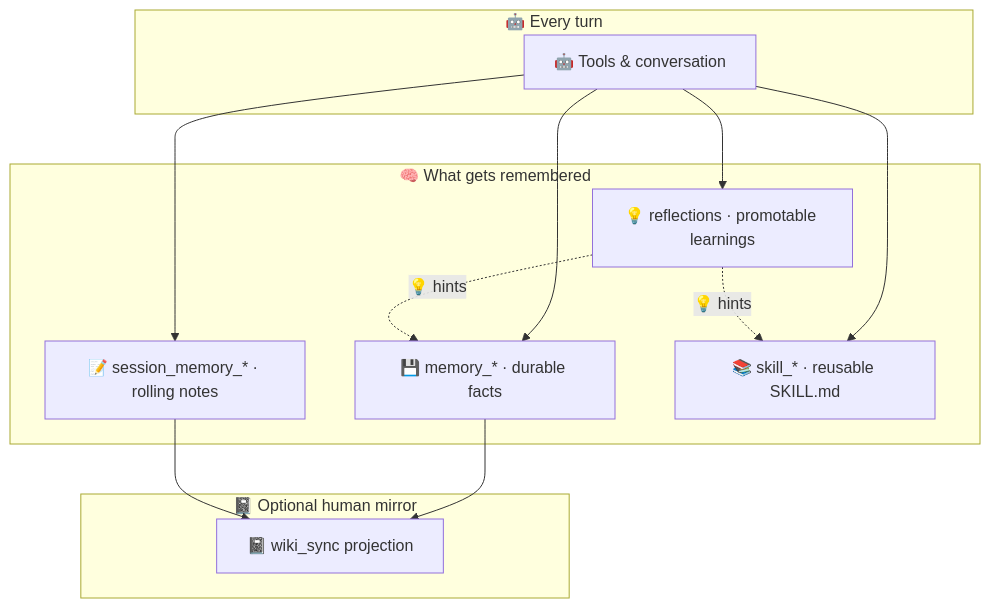
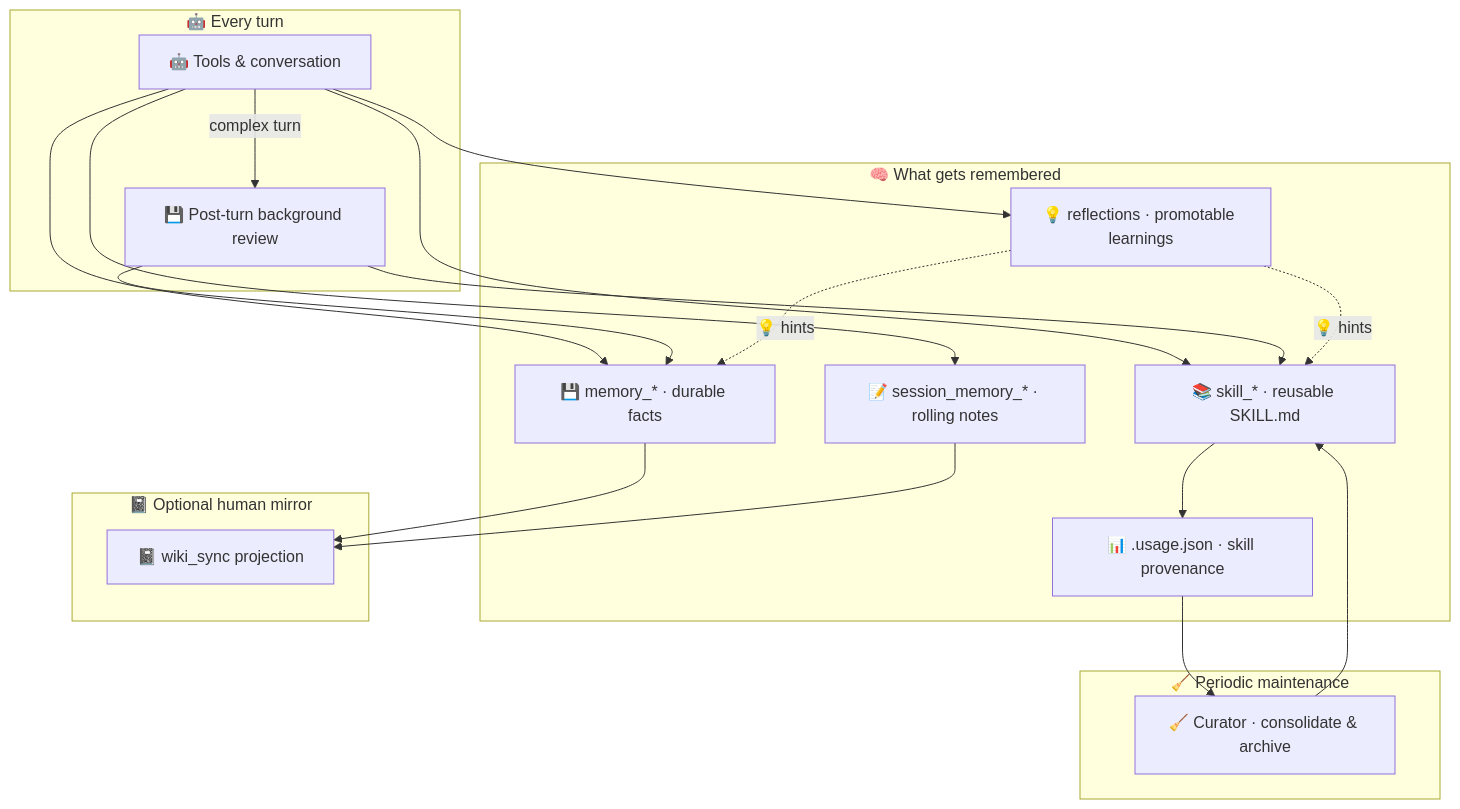
The fourth of 4 diagrams in README.ar.md (nikola66/web-agent), drawn with Mermaid before and after one commit. The commit also changed other lines of this file and 22 other files, not shown here.

````diff
--- a/README.ar.md
+++ b/README.ar.md
@@ -149,23 +150,34 @@
 ```mermaid
 flowchart TB
   subgraph run ["🤖 Every turn"]
     X["🤖 Tools & conversation"]
+    BR["💾 Post-turn background review"]
   end
   subgraph store ["🧠 What gets remembered"]
     F["💾 memory_* · durable facts"]
     SM["📝 session_memory_* · rolling notes"]
     SK["📚 skill_* · reusable SKILL.md"]
     RF["💡 reflections · promotable learnings"]
+    U["📊 .usage.json · skill provenance"]
+  end
+  subgraph maintain ["🧹 Periodic maintenance"]
+    C["🧹 Curator · consolidate & archive"]
   end
   subgraph mirror ["📓 Optional human mirror"]
     W2["📓 wiki_sync projection"]
   end
   X --> F
   X --> SM
   X --> SK
   X --> RF
+  X -->|complex turn| BR
+  BR --> SK
+  BR --> F
+  SK --> U
+  U --> C
+  C --> SK
   RF -.->|💡 hints| F
   RF -.->|💡 hints| SK
   F --> W2
   SM --> W2
 ```
````
